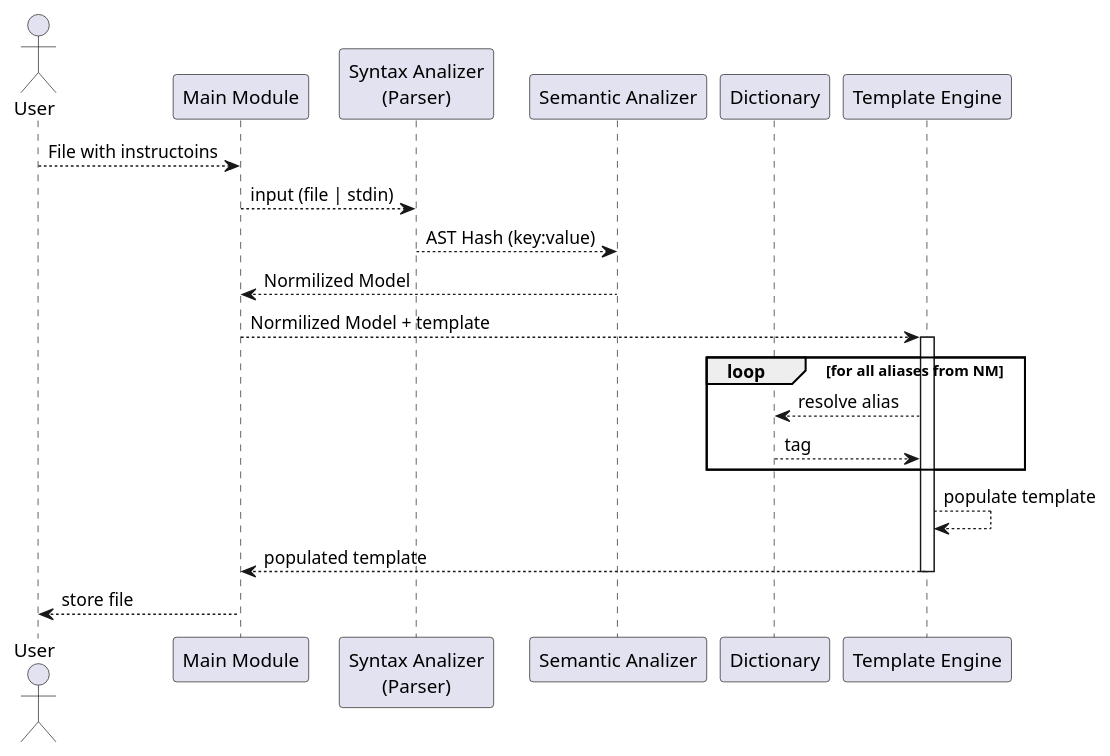
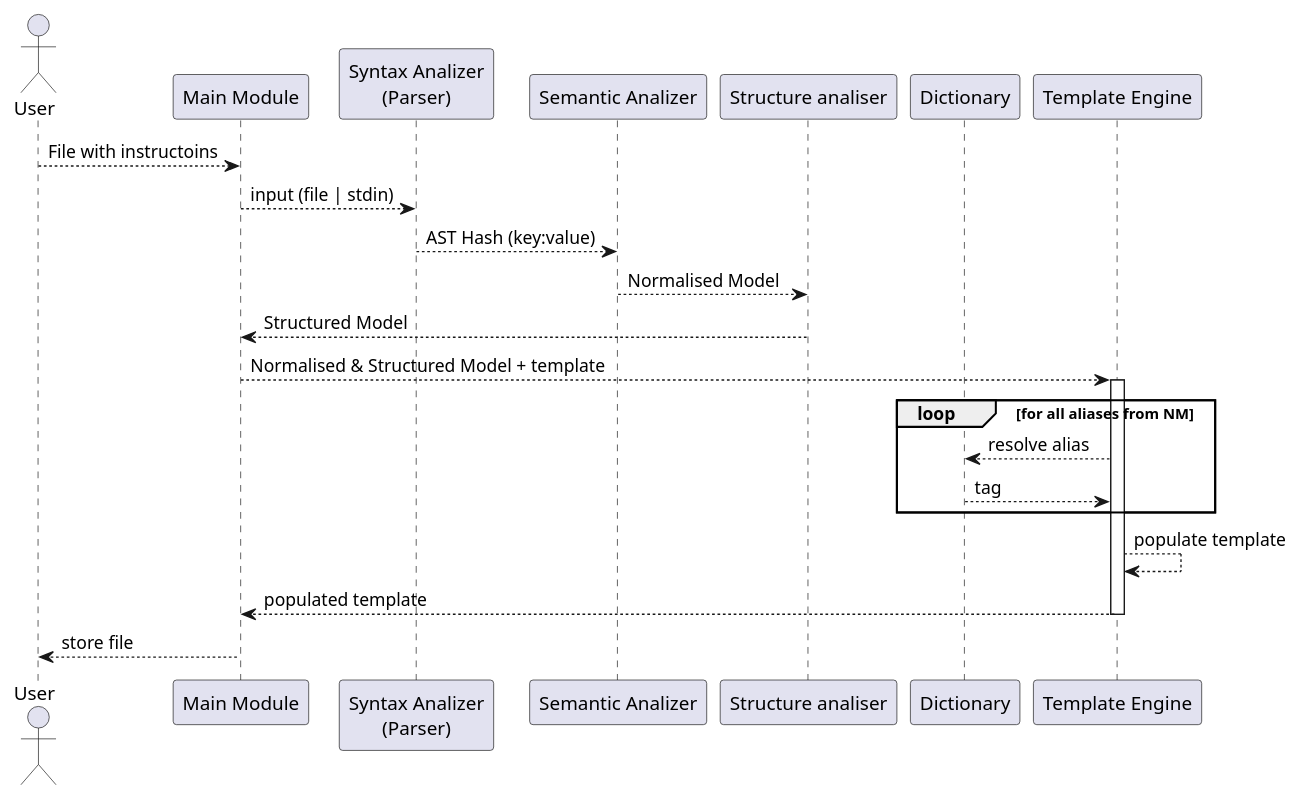
Before and after one commit to hexsevolod/reportgen: the diagram in docs/communication modules.puml, drawn with PlantUML. The commit also changed 1 other file, not shown here.

Commit message:
refreshed structure of a project

```diff
--- a/docs/communication modules.puml
+++ b/docs/communication modules.puml
@@ -1,24 +1,26 @@
 @startuml
 
 actor User
 participant "Main Module" as M
 participant "Syntax Analizer\n(Parser)" as Syn
 participant "Semantic Analizer" as Sem
+participant "Structure analiser" as Str
 participant "Dictionary" as D
 participant "Template Engine" as T
 
 User --> M: File with instructoins
 M --> Syn: input (file | stdin)
 Syn --> Sem: AST Hash (key:value)
-Sem --> M: Normilized Model
-M --> T: Normilized Model + template
+Sem --> Str: Normalised Model
+Str --> M: Structured Model
+M --> T: Normalised & Structured Model + template
 activate T
 loop for all aliases from NM
 T --> D: resolve alias
 T <-- D: tag
 end
 T --> T: populate template
 T --> M: populated template
 deactivate T
 M --> User: store file
 @enduml
```
